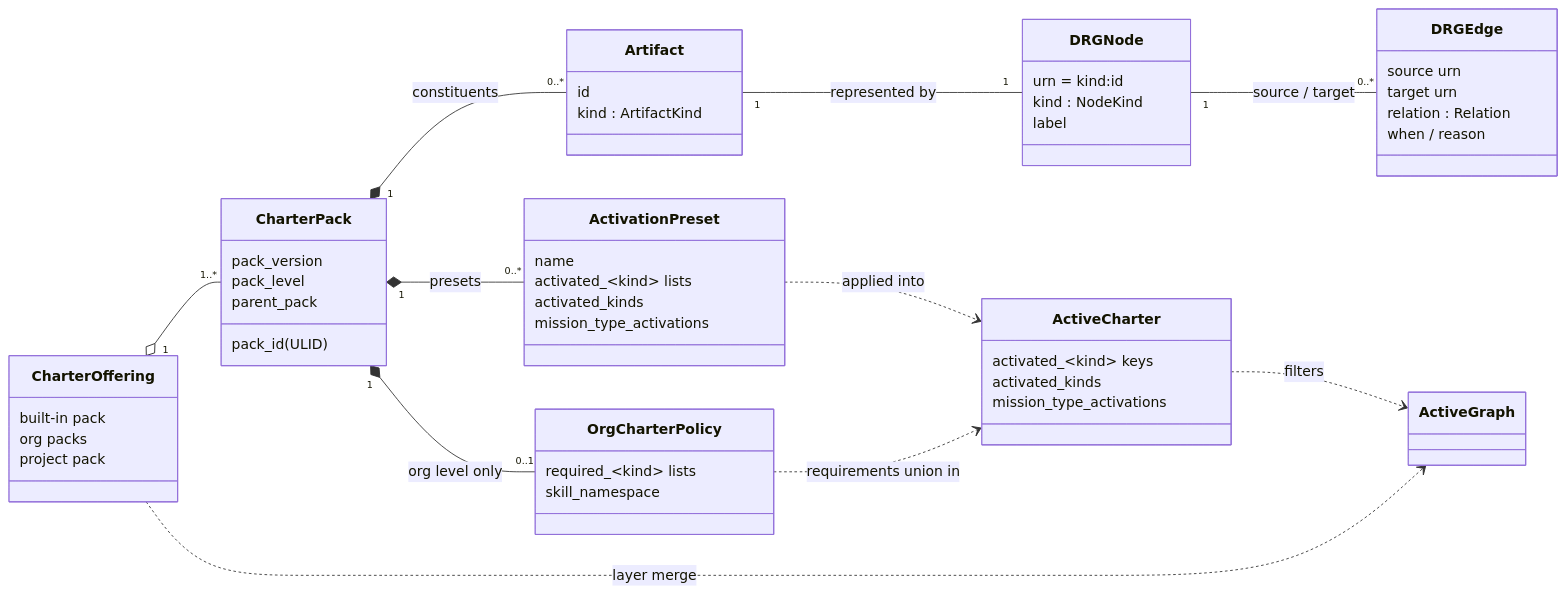
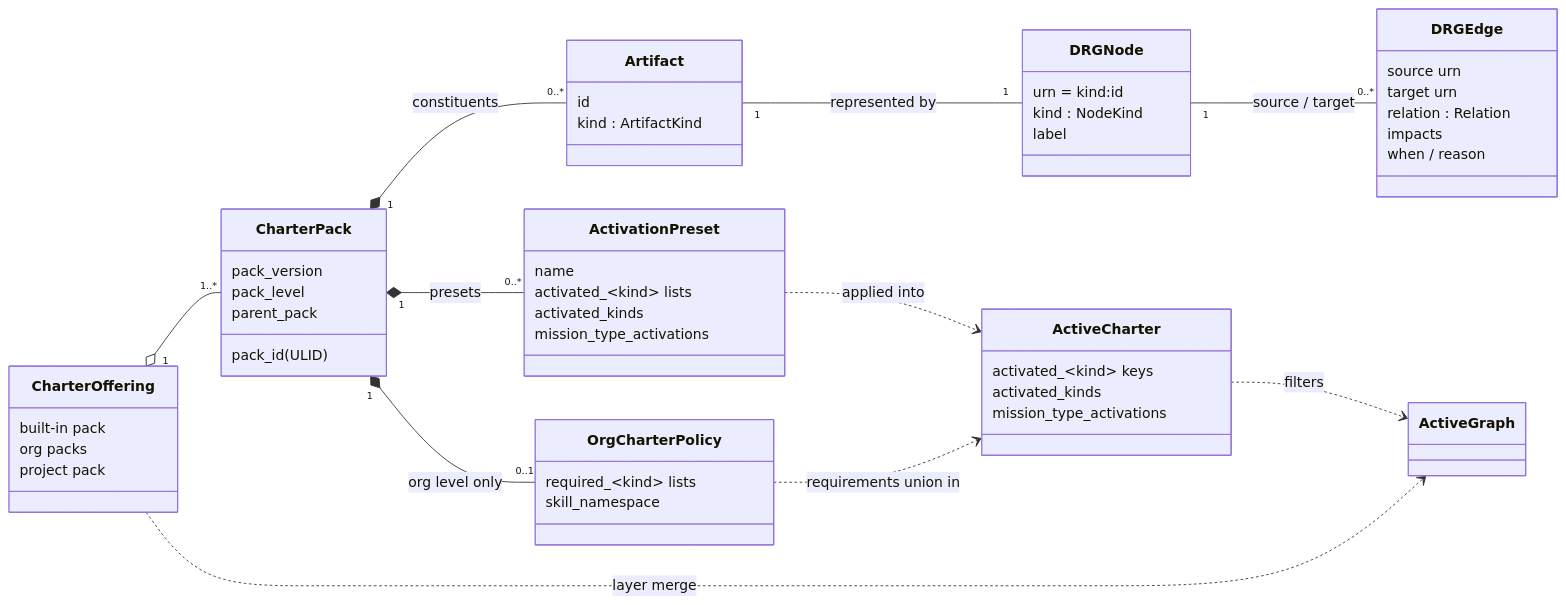
The diagram in docs/architecture/logical-model.md (spec-kitty/spec-kitty-charter), drawn with Mermaid before and after one commit. The commit also changed other lines of this file and 3 other files, not shown here.

````diff
--- a/docs/architecture/logical-model.md
+++ b/docs/architecture/logical-model.md
@@ -33,56 +33,57 @@
 ```mermaid
 classDiagram
   direction LR
   class CharterOffering {
     built-in pack
     org packs
     project pack
   }
   class CharterPack {
     pack_id (ULID)
     pack_version
     pack_level
     parent_pack
   }
   class ActivationPreset {
     name
     activated_~kind~ lists
     activated_kinds
     mission_type_activations
   }
   class OrgCharterPolicy {
     required_~kind~ lists
     skill_namespace
   }
   class Artifact {
     id
     kind : ArtifactKind
   }
   class DRGNode {
     urn = kind:id
     kind : NodeKind
     label
   }
   class DRGEdge {
     source urn
     target urn
     relation : Relation
+    impacts
     when / reason
   }
   class ActiveCharter {
     activated_~kind~ keys
     activated_kinds
     mission_type_activations
   }
   class ActiveGraph
   CharterOffering "1" o-- "1..*" CharterPack
   CharterPack "1" *-- "0..*" Artifact : constituents
   CharterPack "1" *-- "0..*" ActivationPreset : presets
   CharterPack "1" *-- "0..1" OrgCharterPolicy : org level only
   Artifact "1" -- "1" DRGNode : represented by
   DRGNode "1" -- "0..*" DRGEdge : source / target
   ActivationPreset ..> ActiveCharter : applied into
   OrgCharterPolicy ..> ActiveCharter : requirements union in
   CharterOffering ..> ActiveGraph : layer merge
   ActiveCharter ..> ActiveGraph : filters
 ```
````
